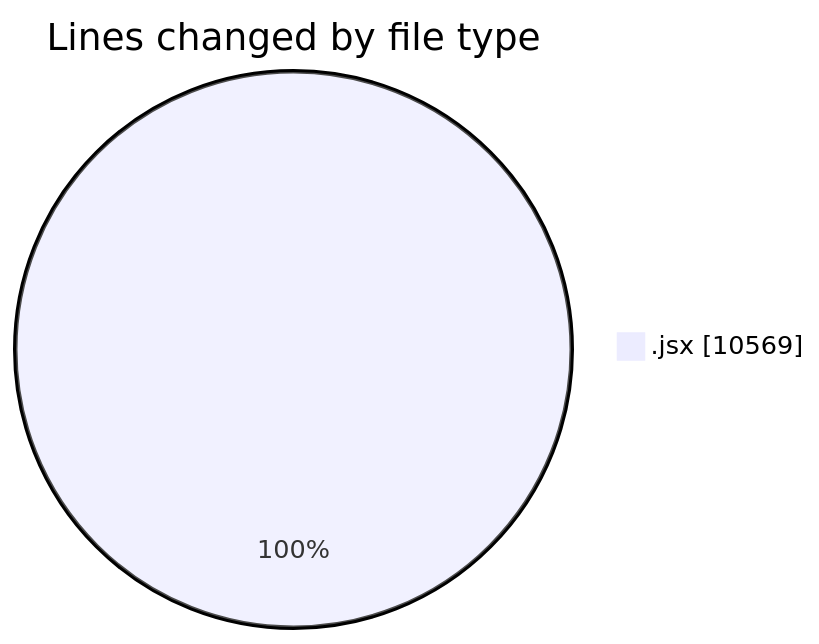
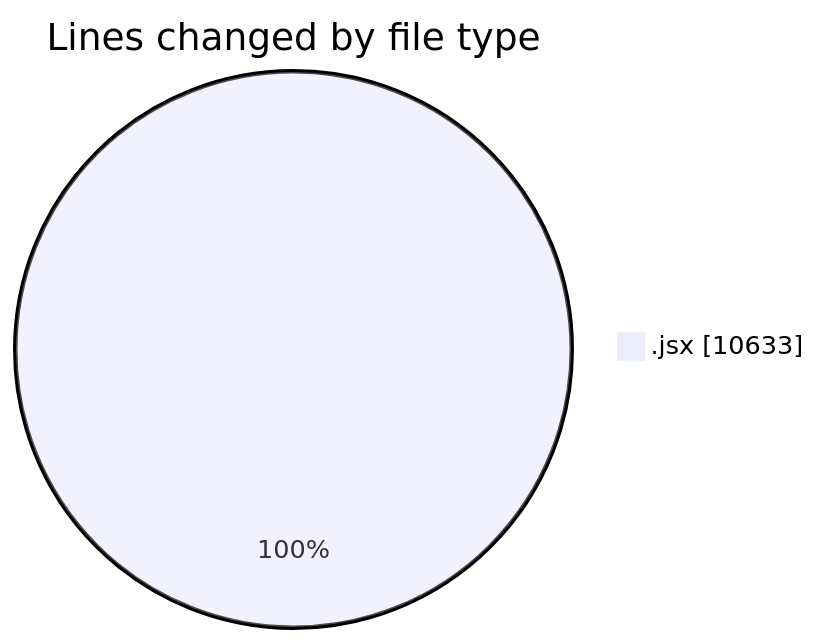
The first of 2 diagrams in 2025-05-26/nxtqube_webapp/README.md (nxtqubesakshisongat/code-tracking), drawn with Mermaid before and after one commit. The commit also changed other lines of this file and 1 other file, not shown here.

````diff
--- a/2025-05-26/nxtqube_webapp/README.md
+++ b/2025-05-26/nxtqube_webapp/README.md
@@ -22,5 +23,5 @@
 ```mermaid
 pie showData
 title Lines changed by file type
-".jsx" : 10569
+".jsx" : 10633
 ```
````
